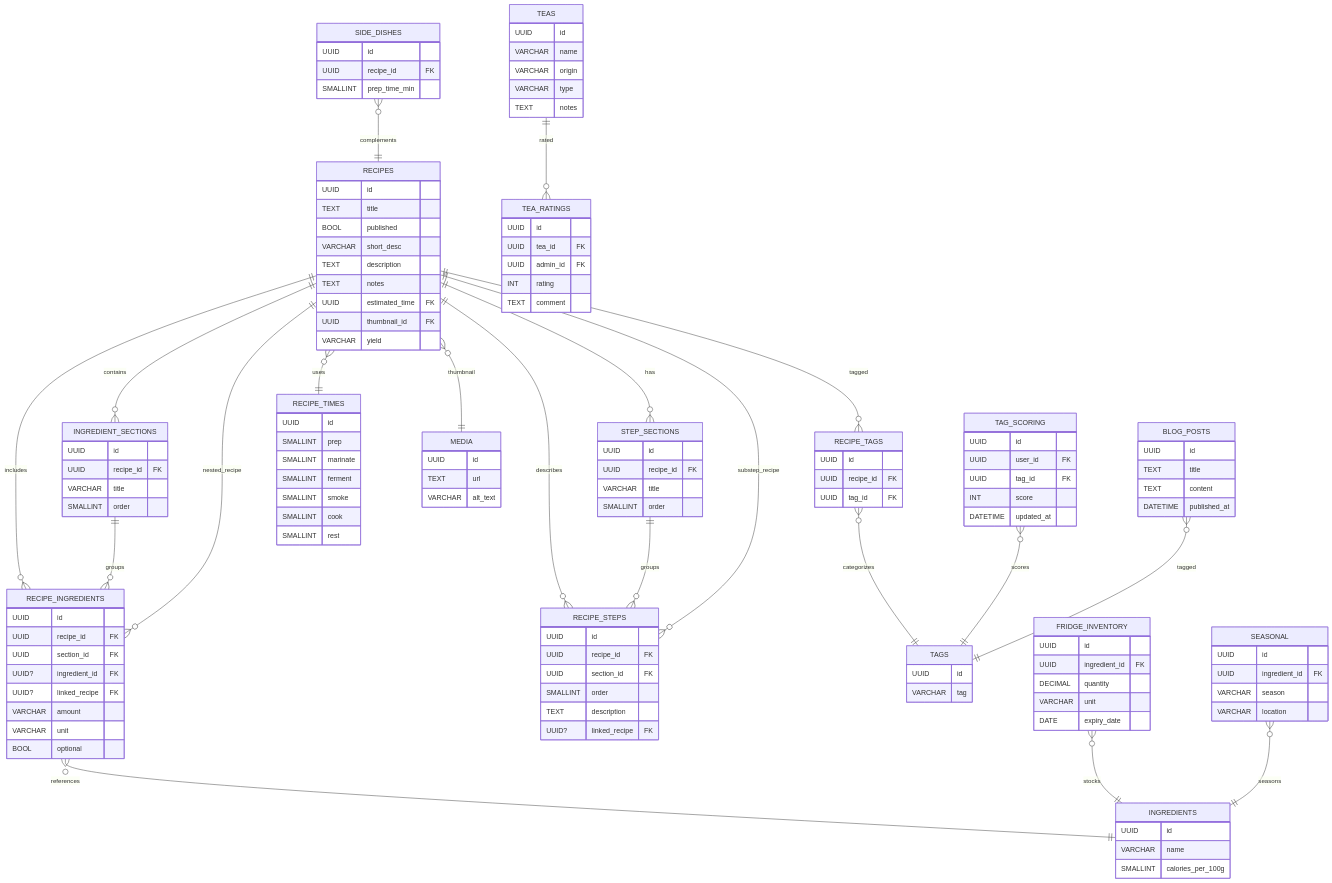
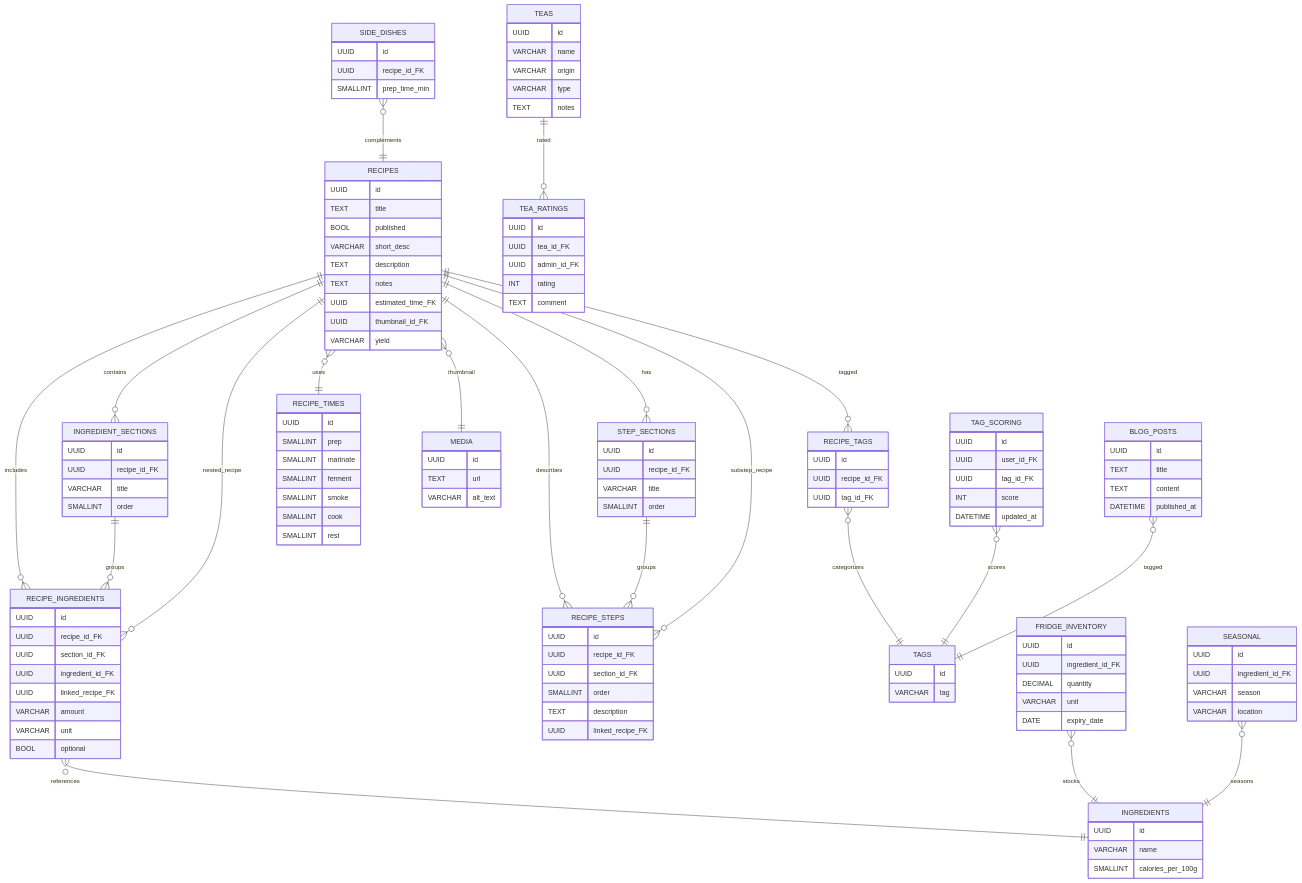
The second of 3 diagrams in README.md (Dratharias/kitchen-cabinet), drawn with Mermaid before and after one commit. The commit also changed other lines of this file, not shown here.

````diff
--- a/README.md
+++ b/README.md
@@ -131,59 +131,59 @@
   SIDE_DISHES       }o--|| RECIPES       : complements
 
   RECIPES {
-    UUID id
-    TEXT title
-    BOOL published
+    UUID    id
+    TEXT    title
+    BOOL    published
     VARCHAR short_desc
-    TEXT description
-    TEXT notes
-    UUID estimated_time FK
-    UUID thumbnail_id FK
+    TEXT    description
+    TEXT    notes
+    UUID    estimated_time_FK
+    UUID    thumbnail_id_FK
     VARCHAR yield
   }
 
   INGREDIENTS {
-    UUID id
-    VARCHAR name
+    UUID     id
+    VARCHAR  name
     SMALLINT calories_per_100g
   }
 
   INGREDIENT_SECTIONS {
-    UUID id
-    UUID recipe_id FK
-    VARCHAR title
+    UUID     id
+    UUID     recipe_id_FK
+    VARCHAR  title
     SMALLINT order
   }
 
   RECIPE_INGREDIENTS {
-    UUID id
-    UUID recipe_id FK
-    UUID section_id FK
-    UUID? ingredient_id FK
-    UUID? linked_recipe FK
+    UUID    id
+    UUID    recipe_id_FK
+    UUID    section_id_FK
+    UUID    ingredient_id_FK
+    UUID    linked_recipe_FK
     VARCHAR amount
     VARCHAR unit
-    BOOL optional
+    BOOL    optional
   }
 
   STEP_SECTIONS {
-    UUID id
-    UUID recipe_id FK
-    VARCHAR title
+    UUID     id
+    UUID     recipe_id_FK
+    VARCHAR  title
     SMALLINT order
   }
 
   RECIPE_STEPS {
-    UUID id
-    UUID recipe_id FK
-    UUID section_id FK
+    UUID    id
+    UUID    recipe_id_FK
+    UUID    section_id_FK
     SMALLINT order
-    TEXT description
-    UUID? linked_recipe FK
+    TEXT    description
+    UUID    linked_recipe_FK
   }
 
   RECIPE_TIMES {
-    UUID id
+    UUID     id
     SMALLINT prep
     SMALLINT marinate
     SMALLINT ferment
@@ -193,71 +193,71 @@
   }
 
   MEDIA {
-    UUID id
-    TEXT url
+    UUID    id
+    TEXT    url
     VARCHAR alt_text
   }
 
   TAGS {
-    UUID id
+    UUID    id
     VARCHAR tag
   }
 
   RECIPE_TAGS {
-    UUID id
-    UUID recipe_id FK
-    UUID tag_id FK
+    UUID    id
+    UUID    recipe_id_FK
+    UUID    tag_id_FK
   }
 
   TAG_SCORING {
-    UUID id
-    UUID user_id FK
-    UUID tag_id FK
-    INT score
+    UUID     id
+    UUID     user_id_FK
+    UUID     tag_id_FK
+    INT      score
     DATETIME updated_at
   }
 
   FRIDGE_INVENTORY {
-    UUID id
-    UUID ingredient_id FK
-    DECIMAL quantity
-    VARCHAR unit
-    DATE expiry_date
+    UUID     id
+    UUID     ingredient_id_FK
+    DECIMAL  quantity
+    VARCHAR  unit
+    DATE     expiry_date
   }
 
   SEASONAL {
-    UUID id
-    UUID ingredient_id FK
+    UUID    id
+    UUID    ingredient_id_FK
     VARCHAR season
     VARCHAR location
   }
 
   BLOG_POSTS {
-    UUID id
-    TEXT title
-    TEXT content
+    UUID     id
+    TEXT     title
+    TEXT     content
     DATETIME published_at
   }
 
   TEAS {
-    UUID id
+    UUID    id
     VARCHAR name
     VARCHAR origin
     VARCHAR type
-    TEXT notes
+    TEXT    notes
   }
 
   TEA_RATINGS {
-    UUID id
-    UUID tea_id FK
-    UUID admin_id FK
-    INT rating
-    TEXT comment
+    UUID    id
+    UUID    tea_id_FK
+    UUID    admin_id_FK
+    INT     rating
+    TEXT    comment
   }
 
   SIDE_DISHES {
-    UUID id
-    UUID recipe_id FK
+    UUID     id
+    UUID     recipe_id_FK
     SMALLINT prep_time_min
   }
 ```
````
